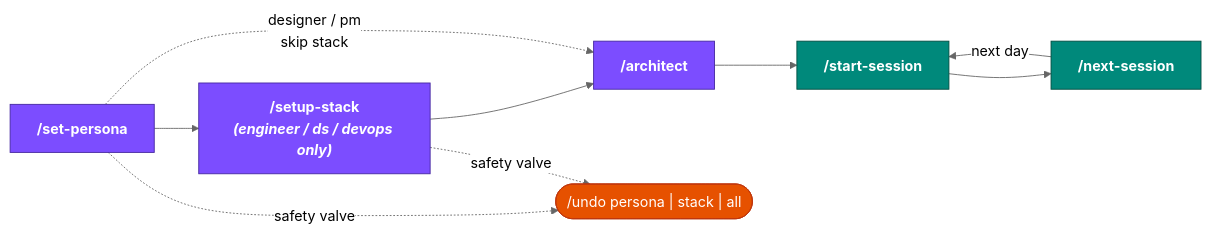
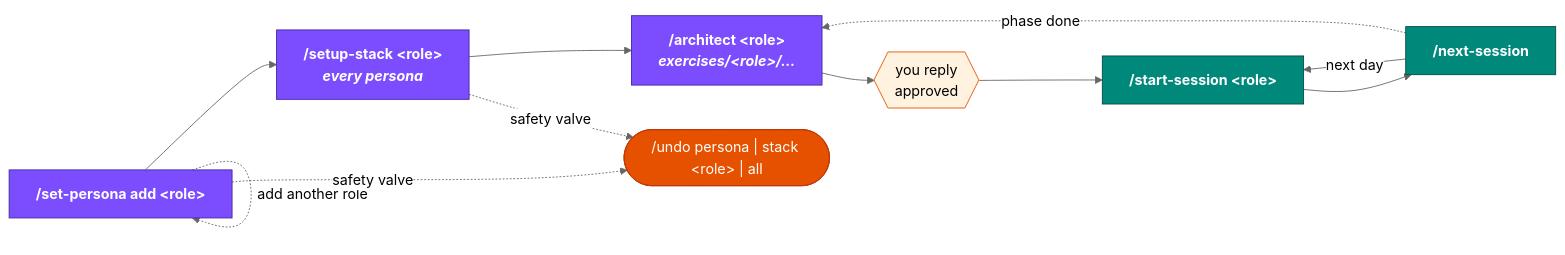
One commit to axel-sirota/cursor-course-templates changed the diagram in materials/diagrams/d02-sdd-pipeline-spine.mmd. Above: the diagram before and after it, drawn with Mermaid (neutral theme). The commit also changed 58 other files, not shown here.

First line of the commit message:
feat(intuit): enforce persona flow gates, fix slide diagrams, add basic concepts section

```diff
--- a/materials/diagrams/d02-sdd-pipeline-spine.mmd
+++ b/materials/diagrams/d02-sdd-pipeline-spine.mmd
@@ -1,19 +1,23 @@
 flowchart LR
-  SP["/set-persona"] --> SS["/setup-stack<br/><i>(engineer / ds / devops only)</i>"]
-  SS --> AR["/architect"]
-  AR --> ST["/start-session"]
+  SP["/set-persona add &lt;role&gt;"] --> SS["/setup-stack &lt;role&gt;<br/><i>every persona</i>"]
+  SS --> AR["/architect &lt;role&gt;<br/><i>exercises/&lt;role&gt;/...</i>"]
+  AR --> GATE{{"you reply<br/>approved"}}
+  GATE --> ST["/start-session &lt;role&gt;"]
   ST --> NS["/next-session"]
   NS -->|next day| ST
+  NS -.->|phase done| AR
 
-  SP -.->|designer / pm<br/>skip stack| AR
+  SP -.->|add another role| SP
 
-  UN(["/undo persona | stack | all"])
+  UN(["/undo persona | stack &lt;role&gt; | all"])
   SP -. safety valve .-> UN
   SS -. safety valve .-> UN
 
   classDef spine fill:#7c4dff,stroke:#4527a0,color:#fff,font-weight:bold;
   classDef loop fill:#00897b,stroke:#004d40,color:#fff,font-weight:bold;
+  classDef gate fill:#fff3e0,stroke:#e65100,color:#000;
   classDef undo fill:#e65100,stroke:#bf360c,color:#fff;
   class SP,SS,AR spine;
   class ST,NS loop;
+  class GATE gate;
   class UN undo;
```
